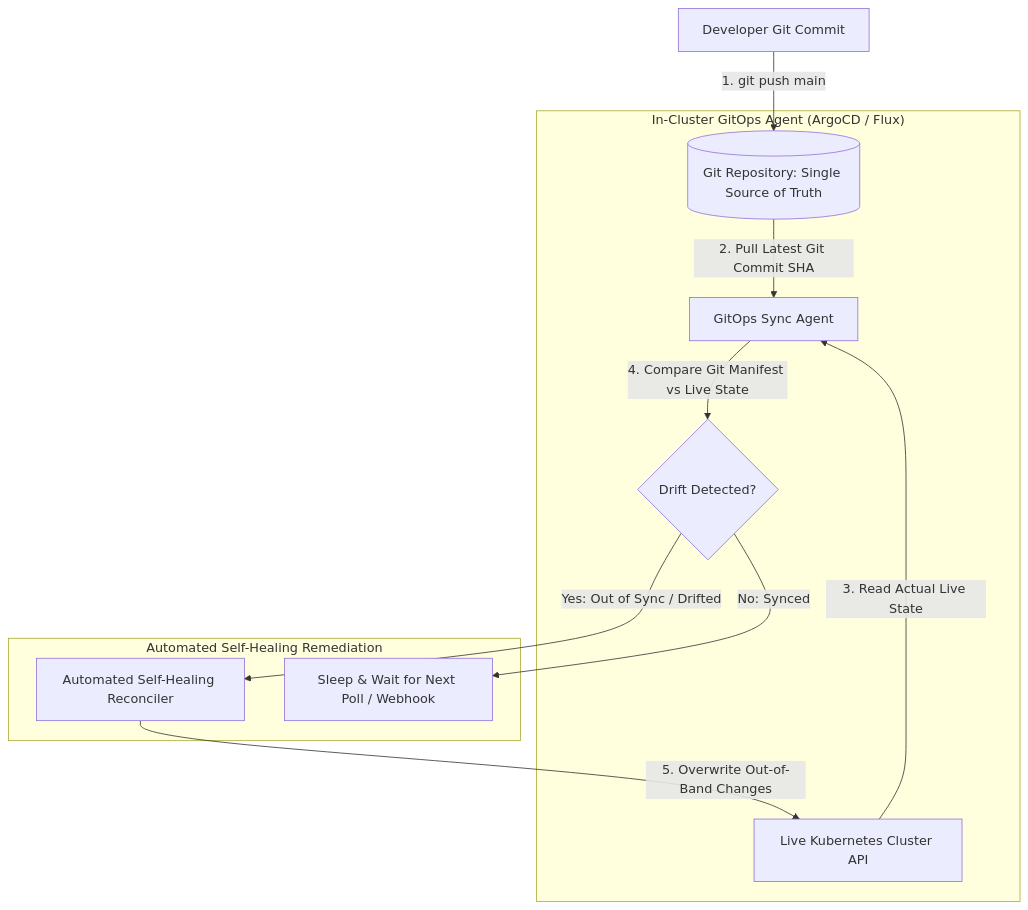
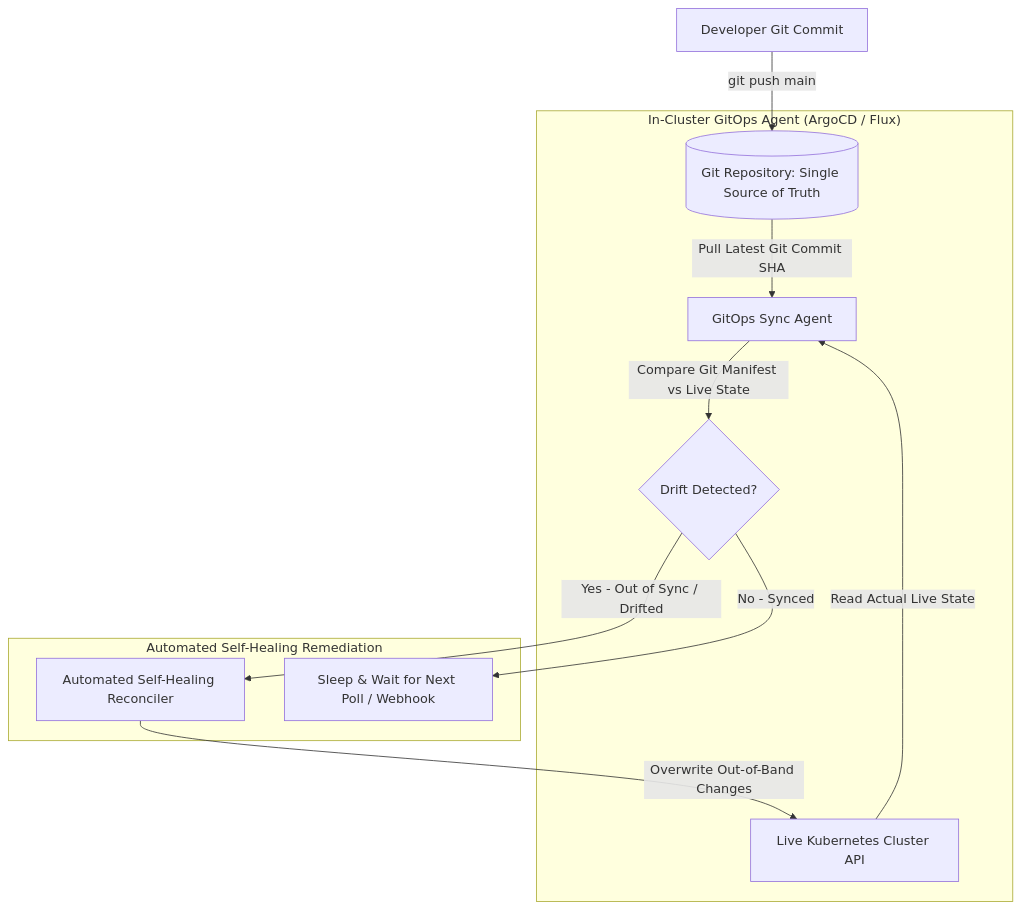
One commit to akmalkhaniub/akmalkhaniub.github.io changed the diagram in blog/posts/gitops-pipeline-engineering-automated-drift-detection-remediation.md. Above: the diagram before and after it, drawn with Mermaid. The commit also changed 411 other files, not shown here.

````diff
--- a/blog/posts/gitops-pipeline-engineering-automated-drift-detection-remediation.md
+++ b/blog/posts/gitops-pipeline-engineering-automated-drift-detection-remediation.md
@@ -17,18 +17,18 @@
 ```mermaid
-graph TD
-  Developer[Developer Git Commit] -->|1. git push main| GitRepo[(Git Repository: Single Source of Truth)]
+flowchart TD
+  Developer[Developer Git Commit] -->|git push main| GitRepo[(Git Repository: Single Source of Truth)]
   
   subgraph SG1_InClusterGitops ["In-Cluster GitOps Agent (ArgoCD / Flux)"]
-    GitRepo -->|2. Pull Latest Git Commit SHA| Agent[GitOps Sync Agent]
-    ClusterState[Live Kubernetes Cluster API] -->|3. Read Actual Live State| Agent
+    GitRepo -->|Pull Latest Git Commit SHA| Agent[GitOps Sync Agent]
+    ClusterState[Live Kubernetes Cluster API] -->|Read Actual Live State| Agent
     
-    Agent -->|4. Compare Git Manifest vs Live State| DiffEngine{Drift Detected?}
+    Agent -->|Compare Git Manifest vs Live State| DiffEngine{Drift Detected?}
   end
   
   subgraph SG2_AutomatedSelfHealing ["Automated Self-Healing Remediation"]
-    DiffEngine -->|Yes: Out of Sync / Drifted| Healer[Automated Self-Healing Reconciler]
-    DiffEngine -->|No: Synced| Sleep[Sleep & Wait for Next Poll / Webhook]
+    DiffEngine -->|Yes - Out of Sync / Drifted| Healer[Automated Self-Healing Reconciler]
+    DiffEngine -->|No - Synced| Sleep[Sleep & Wait for Next Poll / Webhook]
     
-    Healer -->|5. Overwrite Out-of-Band Changes| ClusterState
+    Healer -->|Overwrite Out-of-Band Changes| ClusterState
   end
 ```
````
